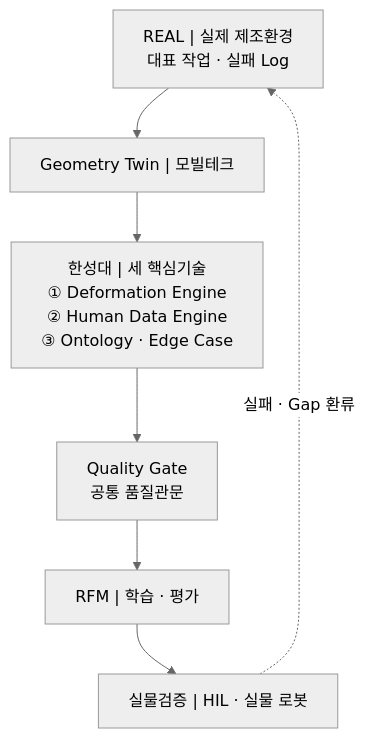
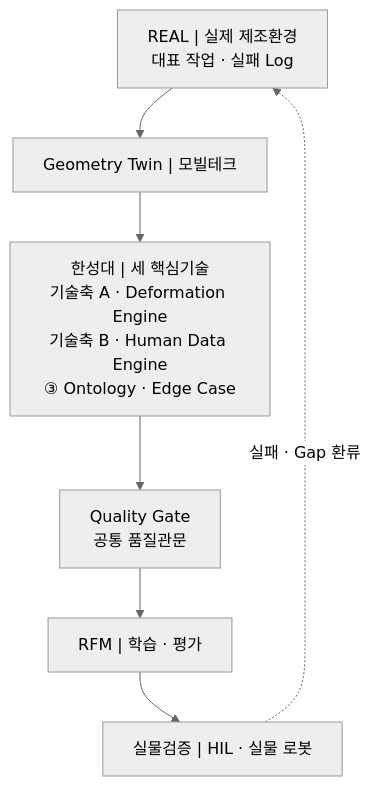
Before and after one commit to parclab-hsu/parclab-hsu.github.io: the second of 2 diagrams in homepage-src/docs/projects/manufacturing-data-factory-rfm/index.md, drawn with Mermaid (neutral theme). The commit also changed other lines of this file and 4 other files, not shown here.

````diff
--- a/homepage-src/docs/projects/manufacturing-data-factory-rfm/index.md
+++ b/homepage-src/docs/projects/manufacturing-data-factory-rfm/index.md
@@ -207,12 +207,12 @@
 ```mermaid
 flowchart TB
     REAL["REAL | 실제 제조환경<br/>대표 작업 · 실패 Log"]
     GEO["Geometry Twin | 모빌테크"]
-    CORE["한성대 | 세 핵심기술<br/>① Deformation Engine<br/>② Human Data Engine<br/>③ Ontology · Edge Case"]
+    CORE["한성대 | 세 핵심기술<br/>기술축 A · Deformation Engine<br/>기술축 B · Human Data Engine<br/>③ Ontology · Edge Case"]
     GATE["Quality Gate<br/>공통 품질관문"]
     RFM["RFM | 학습 · 평가"]
     TEST["실물검증 | HIL · 실물 로봇"]
 
     REAL --> GEO --> CORE --> GATE --> RFM --> TEST
     TEST -. "실패 · Gap 환류" .-> REAL
 ```
````
